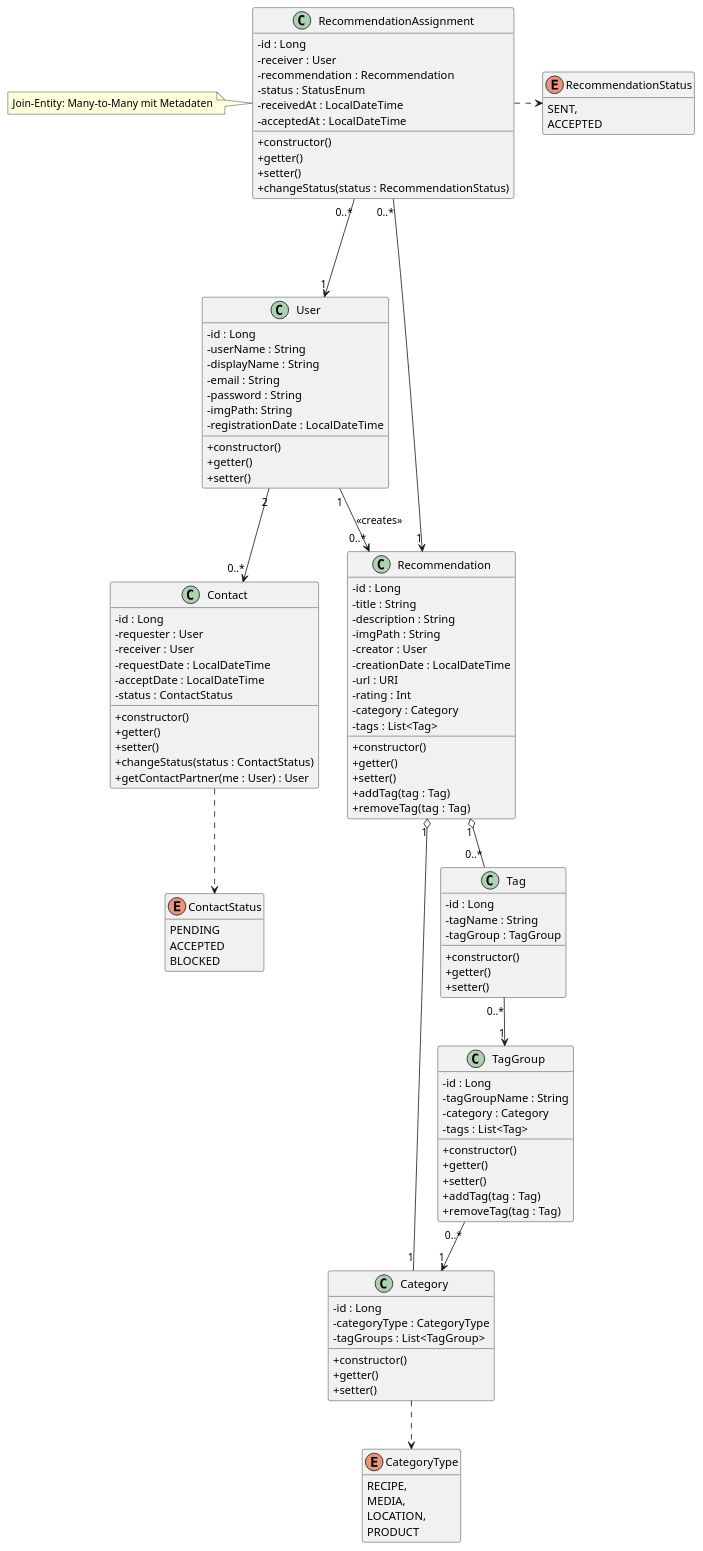
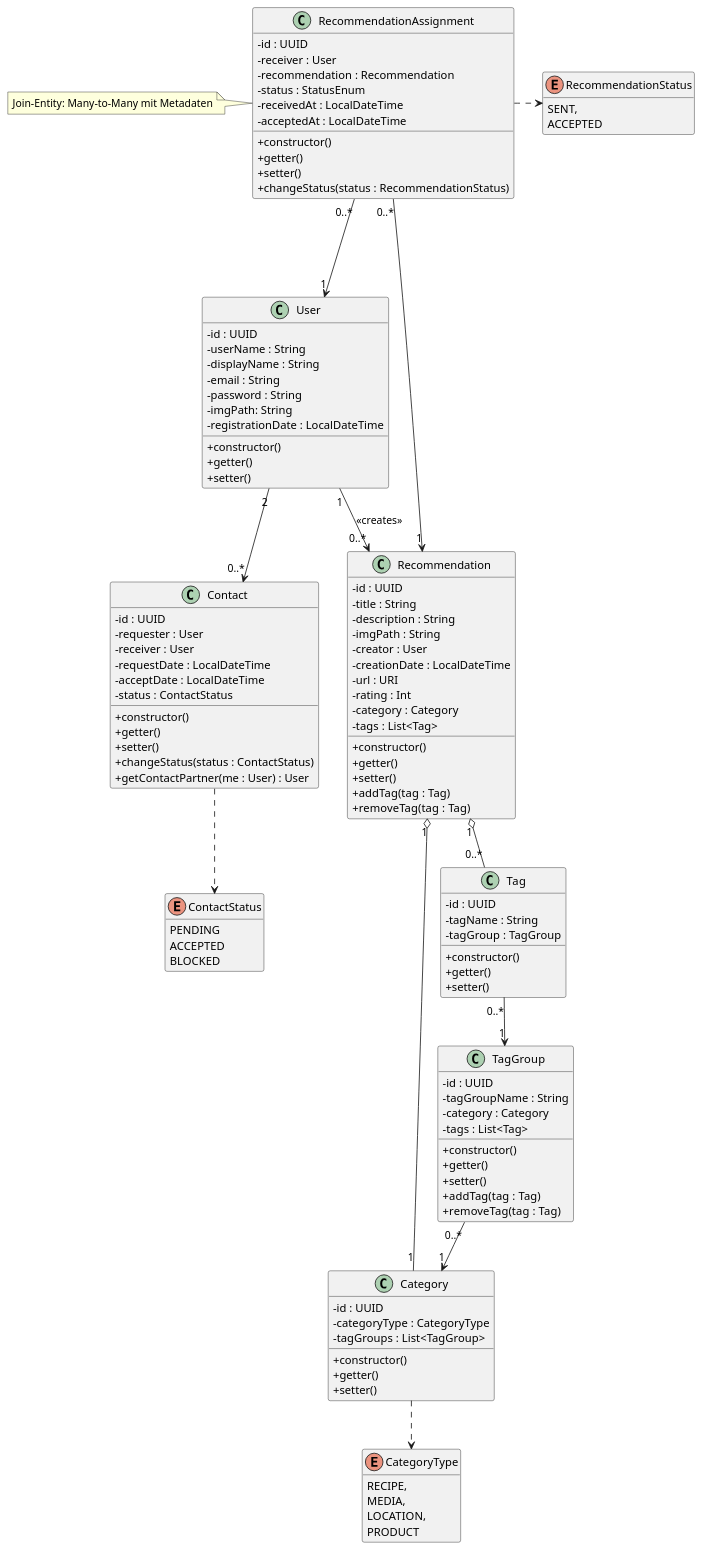
The diagram in uml/class/Class_Pflichtenheft.puml (SpaghettiCodeGang/TryLater-Server), drawn with PlantUML before and after one commit. The commit also changed 5 other files, not shown here.

Commit message:
feat: updates class diagrams with uuids

```diff
--- a/uml/class/Class_Pflichtenheft.puml
+++ b/uml/class/Class_Pflichtenheft.puml
@@ -1,132 +1,132 @@
 @startuml
 allowmixing
 skinparam classAttributeIconSize 0
 hide empty members
 
 class User {
-    - id : Long
+    - id : UUID
     - userName : String
     - displayName : String
     - email : String
     - password : String
     - imgPath: String
     - registrationDate : LocalDateTime
     + constructor()
     + getter()
     + setter()
 }
 
 enum ContactStatus {
     PENDING
     ACCEPTED
     BLOCKED
 }
 
 class Contact {
-    - id : Long
+    - id : UUID
     - requester : User
     - receiver : User
     - requestDate : LocalDateTime
     - acceptDate : LocalDateTime
     - status : ContactStatus
     + constructor()
     + getter()
     + setter()
     + changeStatus(status : ContactStatus)
     + getContactPartner(me : User) : User
 }
 
 class RecommendationAssignment {
-    - id : Long
+    - id : UUID
     - receiver : User
     - recommendation : Recommendation
     - status : StatusEnum
     - receivedAt : LocalDateTime
     - acceptedAt : LocalDateTime
     + constructor()
     + getter()
     + setter()
     + changeStatus(status : RecommendationStatus)
 }
 
 note left of RecommendationAssignment
   Join-Entity: Many-to-Many mit Metadaten
 end note
 
 enum RecommendationStatus {
     SENT,
     ACCEPTED
 }
 
 class Recommendation {
-    - id : Long
+    - id : UUID
     - title : String
     - description : String
     - imgPath : String
     - creator : User
     - creationDate : LocalDateTime
     - url : URI
     - rating : Int
     - category : Category
     - tags : List<Tag>
     + constructor()
     + getter()
     + setter()
     + addTag(tag : Tag)
     + removeTag(tag : Tag)
 }
 
 enum CategoryType {
     RECIPE,
     MEDIA,
     LOCATION,
     PRODUCT
 }
 
 class  Category {
-    - id : Long
+    - id : UUID
     - categoryType : CategoryType
     - tagGroups : List<TagGroup>
     + constructor()
     + getter()
     + setter()
 }
 
 class TagGroup {
-    - id : Long
+    - id : UUID
     - tagGroupName : String
     - category : Category
     - tags : List<Tag>
     + constructor()
     + getter()
     + setter()
     + addTag(tag : Tag)
     + removeTag(tag : Tag)
 }
 
 class Tag {
-    - id : Long
+    - id : UUID
     - tagName : String
     - tagGroup : TagGroup
     + constructor()
     + getter()
     + setter()
 }
 
 User "2" --> "0..*" Contact
 User "1" --> "0..*" Recommendation : <<creates>>
 
 Contact ..> ContactStatus
 
 RecommendationAssignment "0..*" ---> "1" User
 RecommendationAssignment "0..*" ---> "1" Recommendation
 RecommendationAssignment .> RecommendationStatus
 
 Recommendation "1" o-- "1" Category
 Recommendation "1" o-- "0..*" Tag
 
 Category ..> CategoryType
 TagGroup "0..*" --> "1" Category
 Tag "0..*" --> "1" TagGroup
 
 @enduml
```
